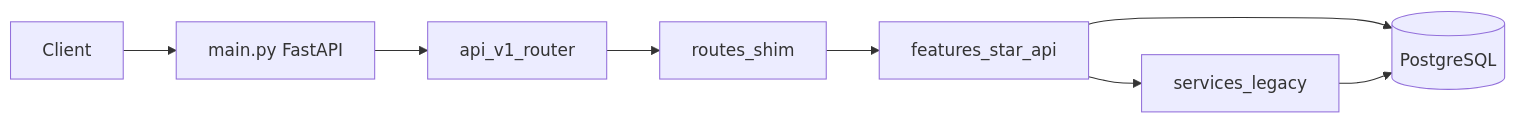
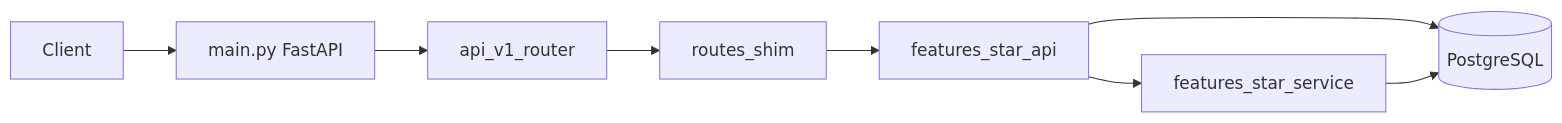
One commit to Chhunneng/cs529-ai-project1 changed the first of 3 diagrams in backend/docs/ARCHITECTURE.md. Above: the diagram before and after it, drawn with Mermaid. The commit also changed other lines of this file and 26 other files, not shown here.

````diff
--- a/backend/docs/ARCHITECTURE.md
+++ b/backend/docs/ARCHITECTURE.md
@@ -53,18 +53,18 @@
 ```mermaid
 flowchart LR
   client[Client]
   main[main.py FastAPI]
   v1router[api_v1_router]
   shim[routes_shim]
   featApi[features_star_api]
-  services[services_legacy]
+  featSvc[features_star_service]
   db[(PostgreSQL)]
 
   client --> main
   main --> v1router
   v1router --> shim
   shim --> featApi
-  featApi --> services
+  featApi --> featSvc
   featApi --> db
-  services --> db
+  featSvc --> db
 ```
````
